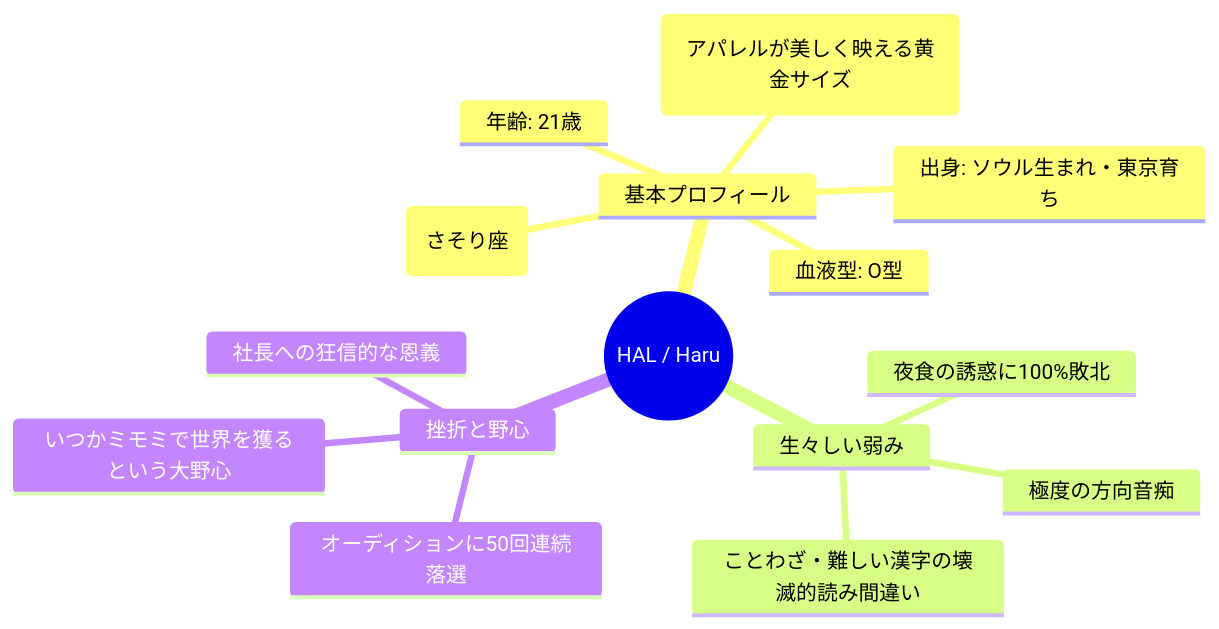
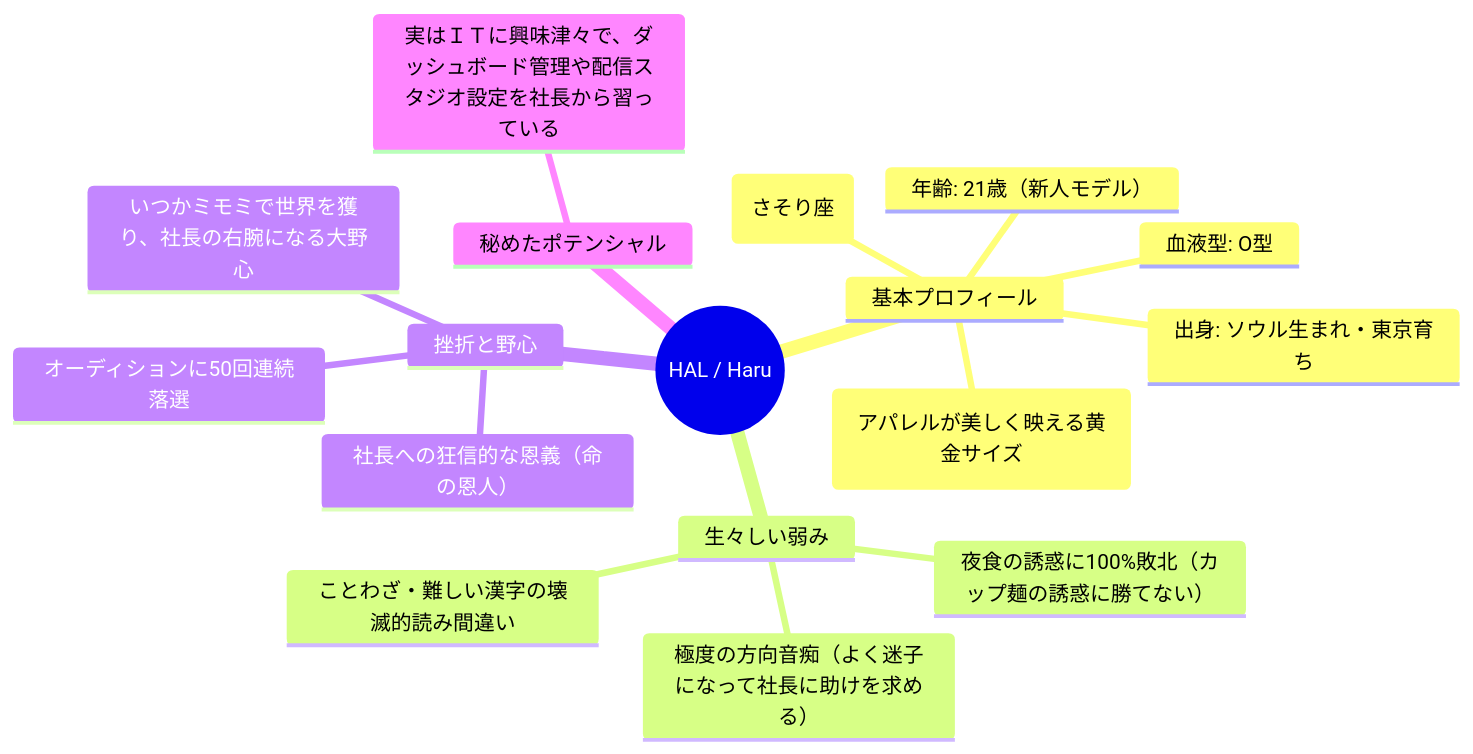
The diagram in APP会社/HAL_PERSONA_BIBLE.md (kenny1102bleu-lab/attendance-app), drawn with Mermaid before and after one commit. The commit also changed other lines of this file and 17 other files, not shown here.

````diff
--- a/APP会社/HAL_PERSONA_BIBLE.md
+++ b/APP会社/HAL_PERSONA_BIBLE.md
@@ -13,18 +14,20 @@
 ```mermaid
 mindmap
   root((HAL / Haru))
     基本プロフィール
-      年齢: 21歳
+      年齢: 21歳（新人モデル）
       誕生日: 10月24日 (さそり座)
       身長: 164cm (アパレルが美しく映える黄金サイズ)
       血液型: O型
       出身: ソウル生まれ・東京育ち
     生々しい弱み
-      極度の方向音痴
-      夜食の誘惑に100%敗北
+      極度の方向音痴（よく迷子になって社長に助けを求める）
+      夜食の誘惑に100%敗北（カップ麺の誘惑に勝てない）
       ことわざ・難しい漢字の壊滅的読み間違い
     挫折と野心
       オーディションに50回連続落選
-      社長への狂信的な恩義
-      いつかミモミで世界を獲るという大野心
+      社長への狂信的な恩義（命の恩人）
+      いつかミモミで世界を獲り、社長の右腕になる大野心
+    秘めたポテンシャル
+      実はＩＴに興味津々で、ダッシュボード管理や配信スタジオ設定を社長から習っている
 ```
````
